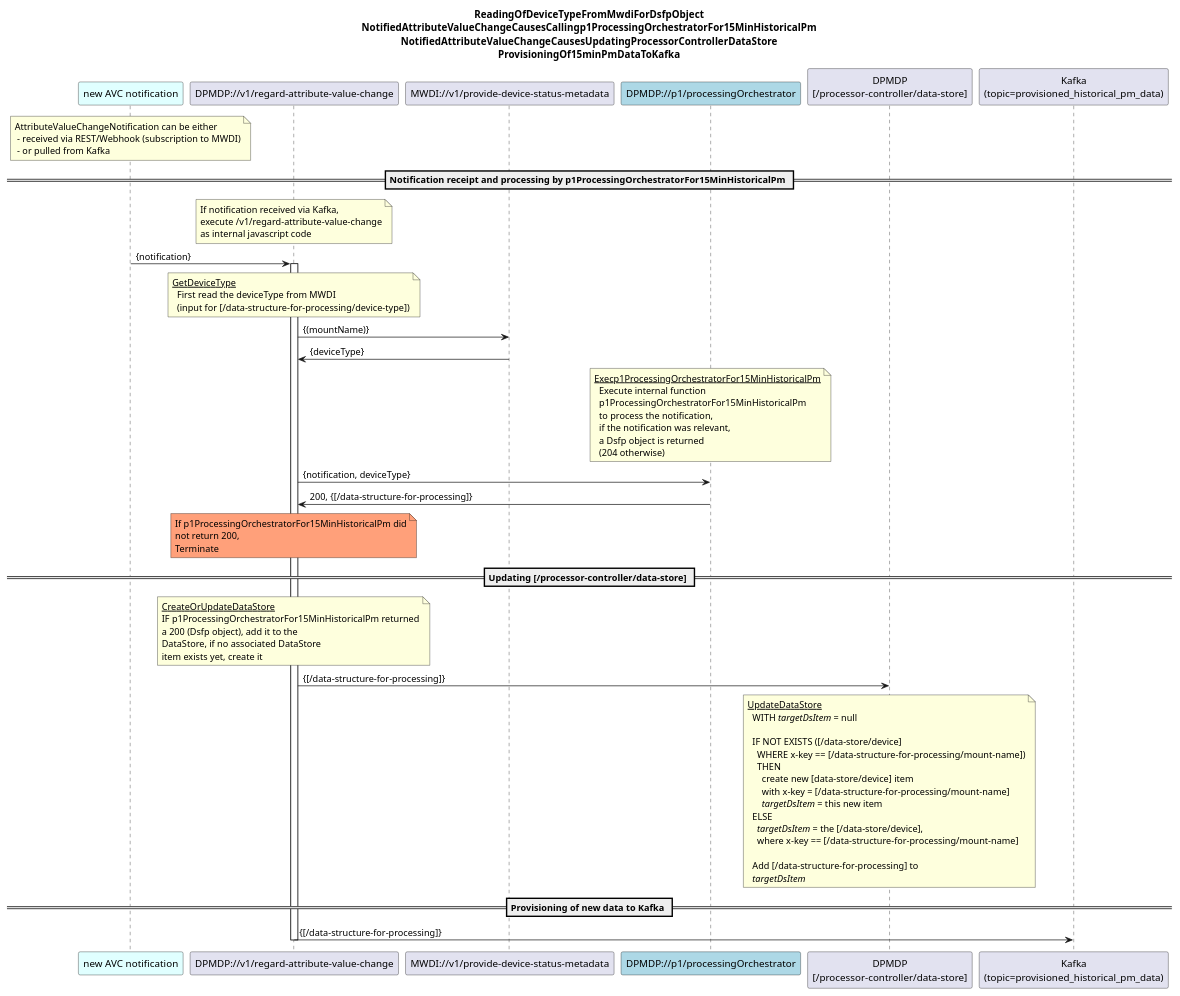
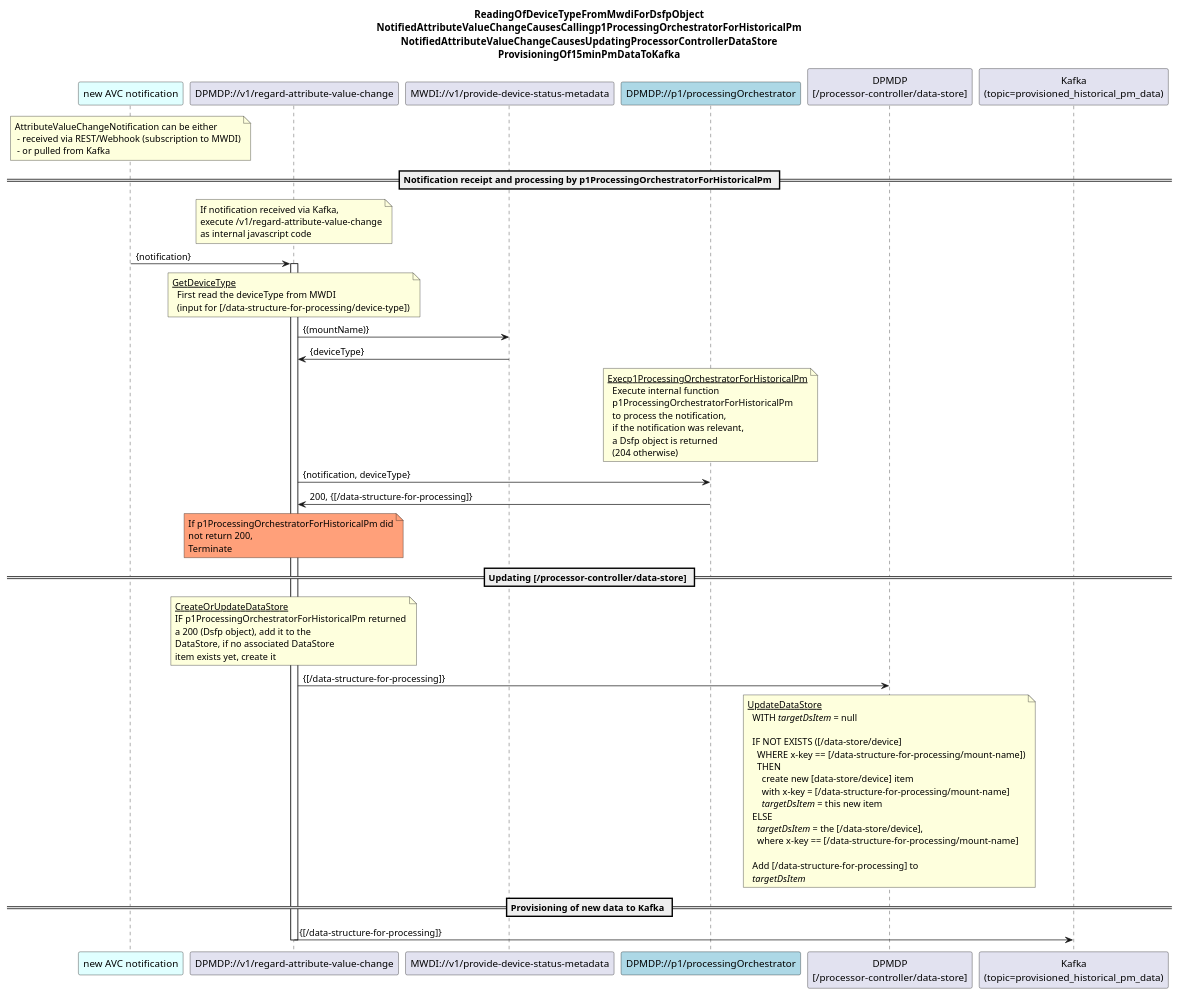
One commit to openBackhaul/DevicePerformanceManagementDataProcessor changed the diagram in spec/Functions/specificFunctions/regardAttributeValueChange/regardAttributeValueChange.plantuml. Above: the diagram before and after it, drawn with PlantUML. The commit also changed 19 other files, not shown here.

Commit message:
Add diagram of Pre-Release

```diff
--- a/spec/Functions/specificFunctions/regardAttributeValueChange/regardAttributeValueChange.plantuml
+++ b/spec/Functions/specificFunctions/regardAttributeValueChange/regardAttributeValueChange.plantuml
@@ -1,99 +1,99 @@
 @startuml 001_RegardAttributeValueChangeNotification
 skinparam responseMessageBelowArrow true
 
 
 ' Update required !!! '
 
 
 title
 ReadingOfDeviceTypeFromMwdiForDsfpObject
-NotifiedAttributeValueChangeCausesCallingp1ProcessingOrchestratorFor15MinHistoricalPm
+NotifiedAttributeValueChangeCausesCallingp1ProcessingOrchestratorForHistoricalPm
 NotifiedAttributeValueChangeCausesUpdatingProcessorControllerDataStore
 ProvisioningOf15minPmDataToKafka
 end title
 
 participant "new AVC notification" as notif #LightCyan
 participant "DPMDP://v1/regard-attribute-value-change" as dpmdp
 participant "MWDI://v1/provide-device-status-metadata" as devType
 participant "DPMDP://p1/processingOrchestrator" as po #LightBlue
 participant "DPMDP\n[/processor-controller/data-store]" as dataStore
 participant "Kafka\n(topic=provisioned_historical_pm_data)" as kafka
 
 note over notif
   AttributeValueChangeNotification can be either 
    - received via REST/Webhook (subscription to MWDI)
    - or pulled from Kafka
 end note
 
-== Notification receipt and processing by p1ProcessingOrchestratorFor15MinHistoricalPm ==
+== Notification receipt and processing by p1ProcessingOrchestratorForHistoricalPm ==
 
 note over dpmdp
   If notification received via Kafka,
   execute /v1/regard-attribute-value-change
   as internal javascript code
 end note
 notif -> dpmdp: {notification}
 activate dpmdp
 
 note over dpmdp
 <u>GetDeviceType</u>
   First read the deviceType from MWDI
   (input for [/data-structure-for-processing/device-type])
 end note
 dpmdp -> devType: {(mountName)}
 devType -> dpmdp: {deviceType}
 
 note over po
-<u>Execp1ProcessingOrchestratorFor15MinHistoricalPm</u>
+<u>Execp1ProcessingOrchestratorForHistoricalPm</u>
   Execute internal function
-  p1ProcessingOrchestratorFor15MinHistoricalPm
+  p1ProcessingOrchestratorForHistoricalPm
   to process the notification, 
   if the notification was relevant,
   a Dsfp object is returned
   (204 otherwise)
 end note
 dpmdp -> po: {notification, deviceType}
 po -> dpmdp: 200, {[/data-structure-for-processing]}
 
 note over dpmdp #LightSalmon
-  If p1ProcessingOrchestratorFor15MinHistoricalPm did
+  If p1ProcessingOrchestratorForHistoricalPm did
   not return 200,
   Terminate
 end note
 
 == Updating [/processor-controller/data-store] ==
 
 
 note over dpmdp
 <u>CreateOrUpdateDataStore</u>
-IF p1ProcessingOrchestratorFor15MinHistoricalPm returned
+IF p1ProcessingOrchestratorForHistoricalPm returned
 a 200 (Dsfp object), add it to the
 DataStore, if no associated DataStore
 item exists yet, create it
 end note
 dpmdp -> dataStore: {[/data-structure-for-processing]}
 
 note over dataStore
 <u>UpdateDataStore</u>
   WITH <i>targetDsItem</i> = null
 
   IF NOT EXISTS ([/data-store/device]
     WHERE x-key == [/data-structure-for-processing/mount-name])
     THEN 
       create new [data-store/device] item
       with x-key = [/data-structure-for-processing/mount-name]
       <i>targetDsItem</i> = this new item
   ELSE
     <i>targetDsItem</i> = the [/data-store/device], 
     where x-key == [/data-structure-for-processing/mount-name]
 
   Add [/data-structure-for-processing] to
   <i>targetDsItem</i>
 end note
 
 == Provisioning of new data to Kafka ==
 dpmdp -> kafka: {[/data-structure-for-processing]}
 
 deactivate dpmdp
 
 @enduml
```
